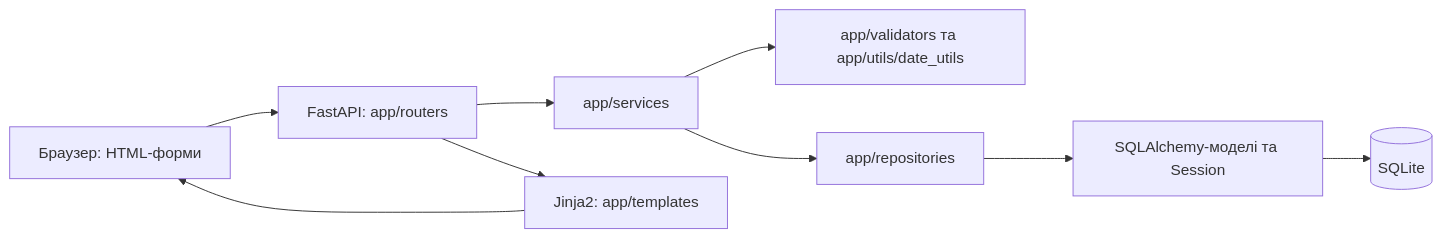
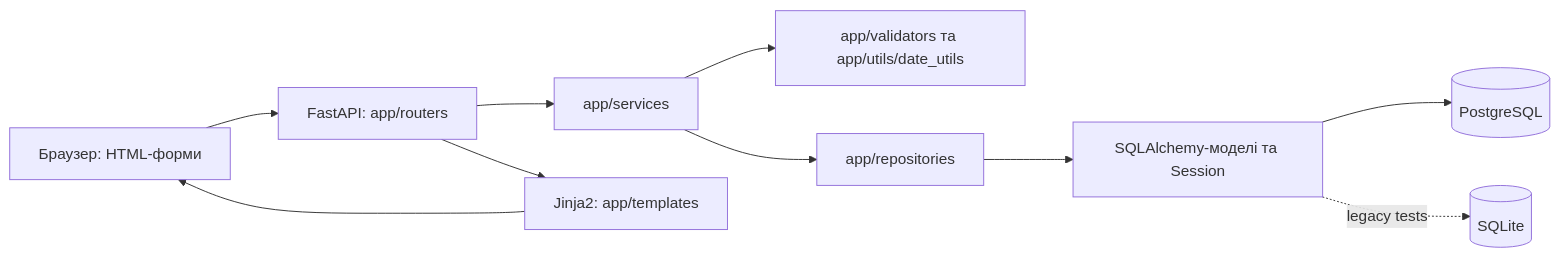
The diagram in docs/ARCHITECTURE.md (webdevl1on/project_2), drawn with Mermaid before and after one commit. The commit also changed other lines of this file and 57 other files, not shown here.

Commit message:
feat(database): migrate to PostgreSQL with Alembic

````diff
--- a/docs/ARCHITECTURE.md
+++ b/docs/ARCHITECTURE.md
@@ -32,11 +41,12 @@
 ```mermaid
 flowchart LR
     Browser[Браузер: HTML-форми] --> Routers[FastAPI: app/routers]
     Routers --> Services[app/services]
     Services --> Validators[app/validators та app/utils/date_utils]
     Services --> Repositories[app/repositories]
     Repositories --> ORM[SQLAlchemy-моделі та Session]
-    ORM --> SQLite[(SQLite)]
+    ORM --> PostgreSQL[(PostgreSQL)]
+    ORM -. legacy tests .-> SQLite[(SQLite)]
     Routers --> Templates[Jinja2: app/templates]
     Templates --> Browser
 ```
````
